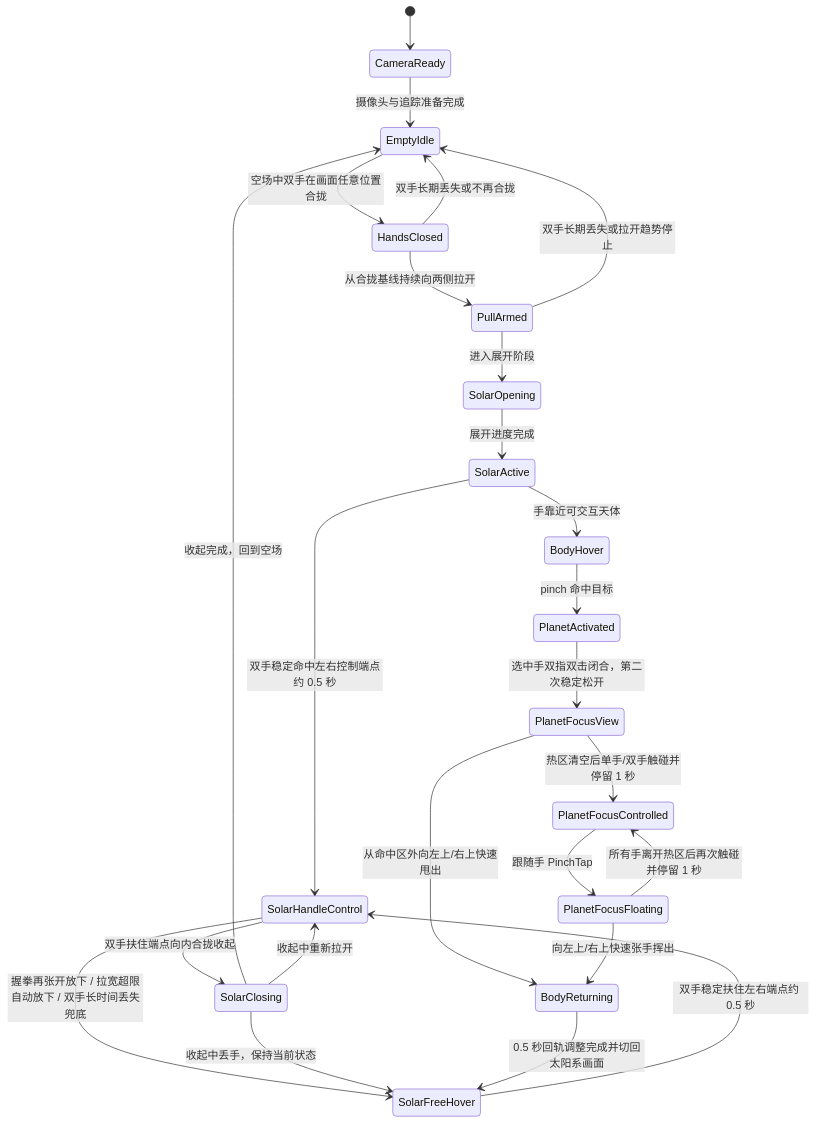
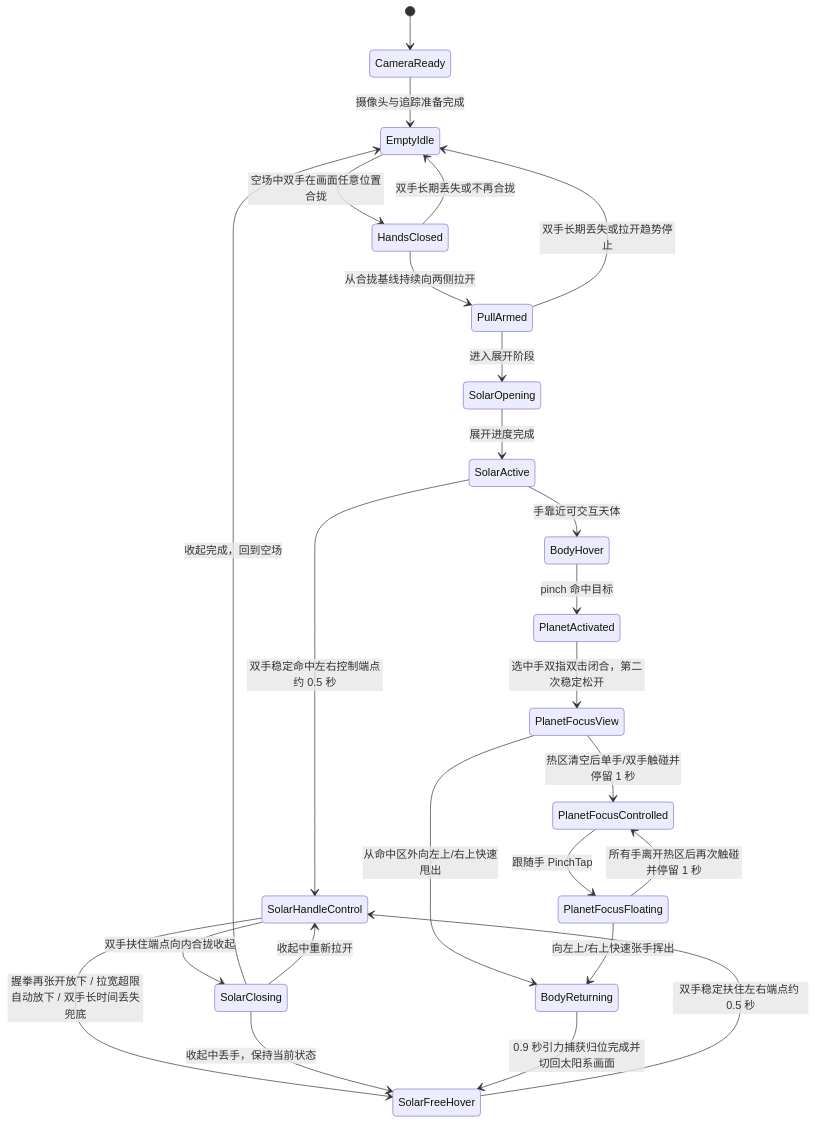
One commit to redcheeks666/ar-solar-system-demo changed the diagram in ar_solar_system_prd.md. Above: the diagram before and after it, drawn with Mermaid. The commit also changed other lines of this file and 23 other files, not shown here.

````diff
--- a/ar_solar_system_prd.md
+++ b/ar_solar_system_prd.md
@@ -253,27 +255,27 @@
 ```mermaid
 stateDiagram-v2
     [*] --> CameraReady
     CameraReady --> EmptyIdle: 摄像头与追踪准备完成
     EmptyIdle --> HandsClosed: 空场中双手在画面任意位置合拢
     HandsClosed --> PullArmed: 从合拢基线持续向两侧拉开
     HandsClosed --> EmptyIdle: 双手长期丢失或不再合拢
     PullArmed --> EmptyIdle: 双手长期丢失或拉开趋势停止
     PullArmed --> SolarOpening: 进入展开阶段
     SolarOpening --> SolarActive: 展开进度完成
     SolarActive --> SolarHandleControl: 双手稳定命中左右控制端点约 0.5 秒
     SolarFreeHover --> SolarHandleControl: 双手稳定扶住左右端点约 0.5 秒
     SolarHandleControl --> SolarFreeHover: 握拳再张开放下 / 拉宽超限自动放下 / 双手长时间丢失兜底
     SolarHandleControl --> SolarClosing: 双手扶住端点向内合拢收起
     SolarClosing --> EmptyIdle: 收起完成，回到空场
     SolarClosing --> SolarHandleControl: 收起中重新拉开
     SolarClosing --> SolarFreeHover: 收起中丢手，保持当前状态
     SolarActive --> BodyHover: 手靠近可交互天体
     BodyHover --> PlanetActivated: pinch 命中目标
     PlanetActivated --> PlanetFocusView: 选中手双指双击闭合，第二次稳定松开
     PlanetFocusView --> PlanetFocusControlled: 热区清空后单手/双手触碰并停留 1 秒
     PlanetFocusView --> BodyReturning: 从命中区外向左上/右上快速甩出
     PlanetFocusControlled --> PlanetFocusFloating: 跟随手 PinchTap
     PlanetFocusFloating --> PlanetFocusControlled: 所有手离开热区后再次触碰并停留 1 秒
     PlanetFocusFloating --> BodyReturning: 向左上/右上快速张手挥出
-    BodyReturning --> SolarFreeHover: 0.5 秒回轨调整完成并切回太阳系画面
+    BodyReturning --> SolarFreeHover: 0.9 秒引力捕获归位完成并切回太阳系画面
 ```
````
